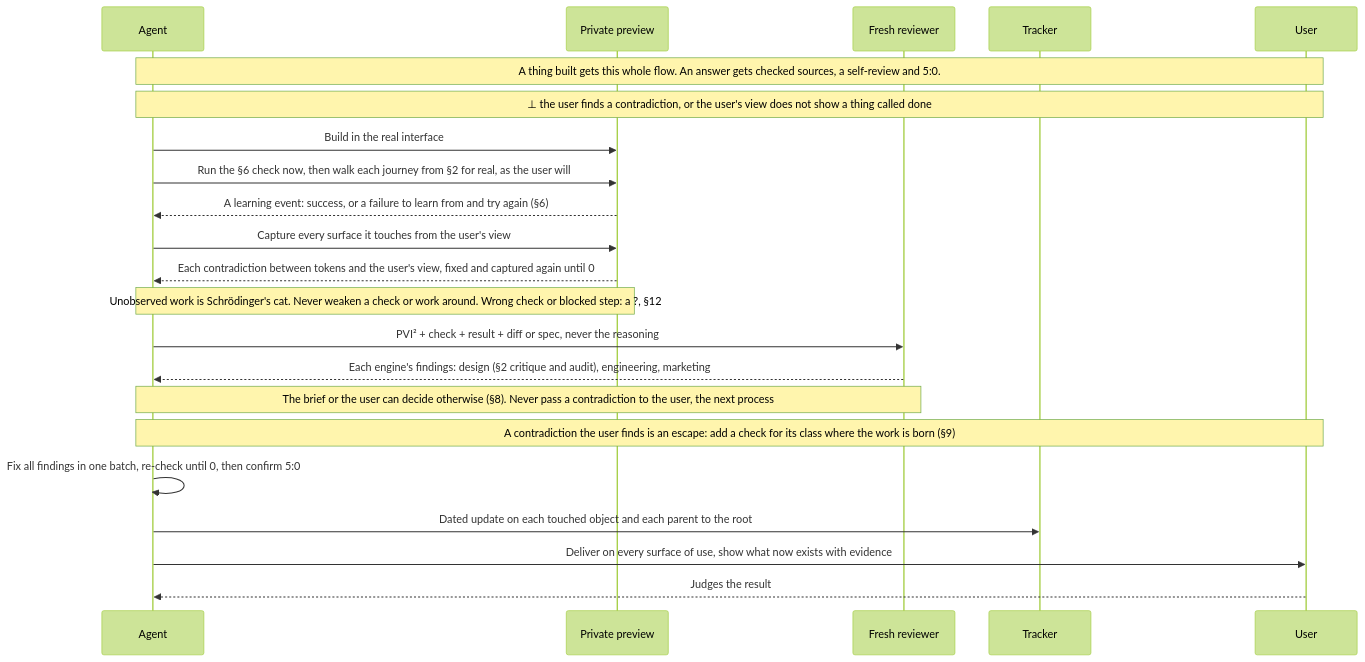
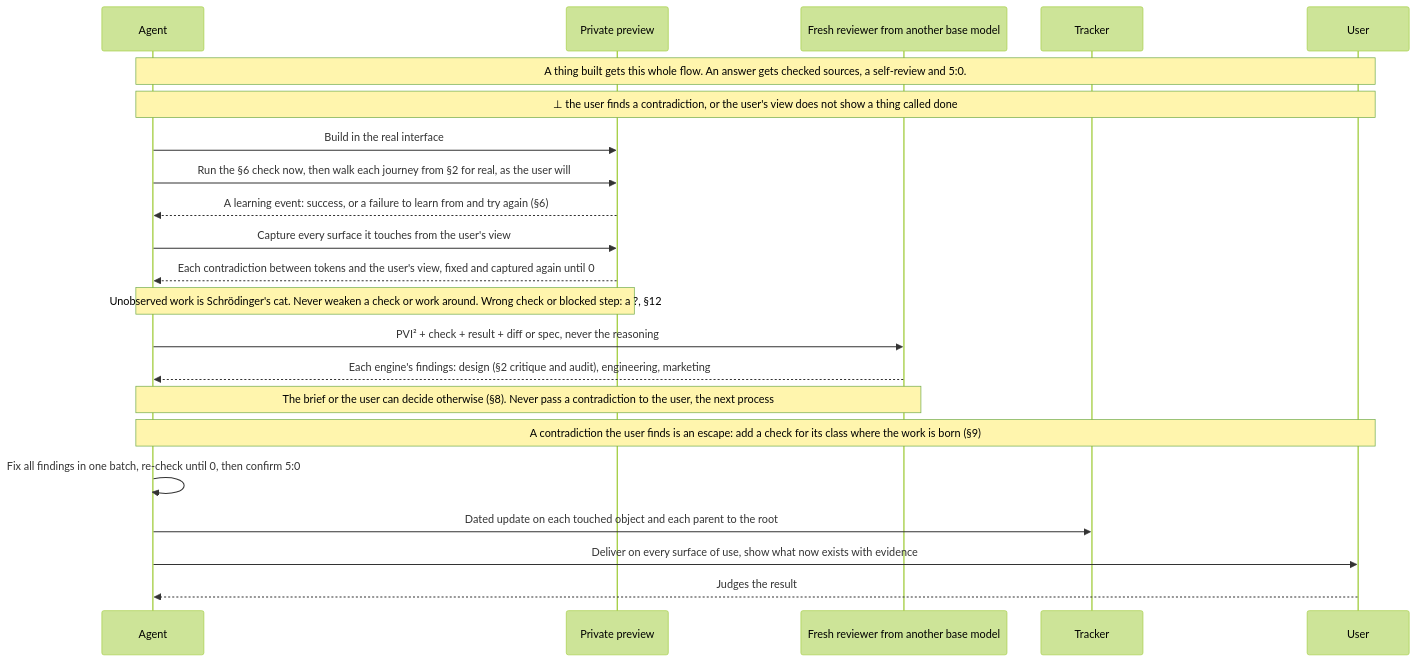
Before and after one commit to SolenixAI/arbiter: diagram 11 of 14 in AGENTS.md, drawn with Mermaid (forest theme). The commit also changed other lines of this file and 1 other file, not shown here.

````diff
--- a/AGENTS.md
+++ b/AGENTS.md
@@ -538,24 +536,24 @@
 ```mermaid
 sequenceDiagram
   participant A as Agent
   participant P as Private preview
-  participant R as Fresh reviewer
+  participant R as Fresh reviewer from another base model
   participant T as Tracker
   participant U as User
   Note over A,U: A thing built gets this whole flow. An answer gets checked sources, a self-review and 5:0.
   Note over A,U: ⊥ the user finds a contradiction, or the user's view does not show a thing called done
   A->>P: Build in the real interface
   A->>P: Run the §6 check now, then walk each journey from §2 for real, as the user will
   P-->>A: A learning event: success, or a failure to learn from and try again (§6)
   A->>P: Capture every surface it touches from the user's view
   P-->>A: Each contradiction between tokens and the user's view, fixed and captured again until 0
   Note over A,P: Unobserved work is Schrödinger's cat. Never weaken a check or work around. Wrong check or blocked step: a ?, §12
   A->>R: PVI² + check + result + diff or spec, never the reasoning
   R-->>A: Each engine's findings: design (§2 critique and audit), engineering, marketing
   Note over A,R: The brief or the user can decide otherwise (§8). Never pass a contradiction to the user, the next process
   Note over A,U: A contradiction the user finds is an escape: add a check for its class where the work is born (§9)
   A->>A: Fix all findings in one batch, re-check until 0, then confirm 5:0
   A->>T: Dated update on each touched object and each parent to the root
   A->>U: Deliver on every surface of use, show what now exists with evidence
   U-->>A: Judges the result
 ```
````
